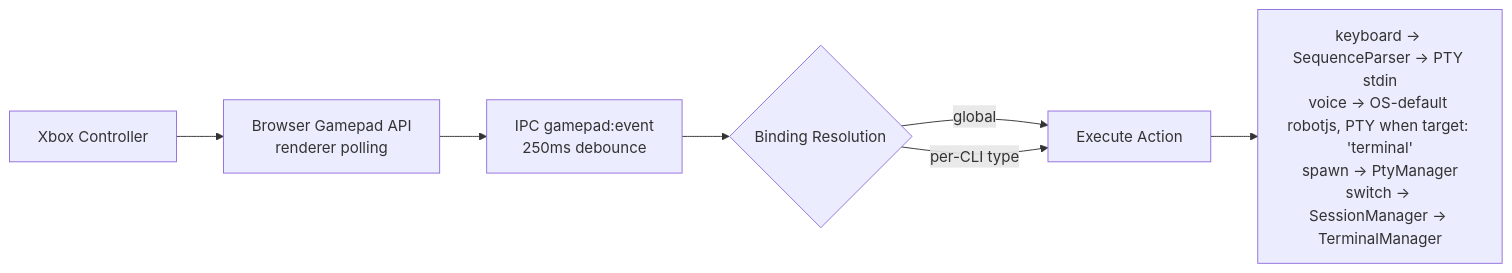
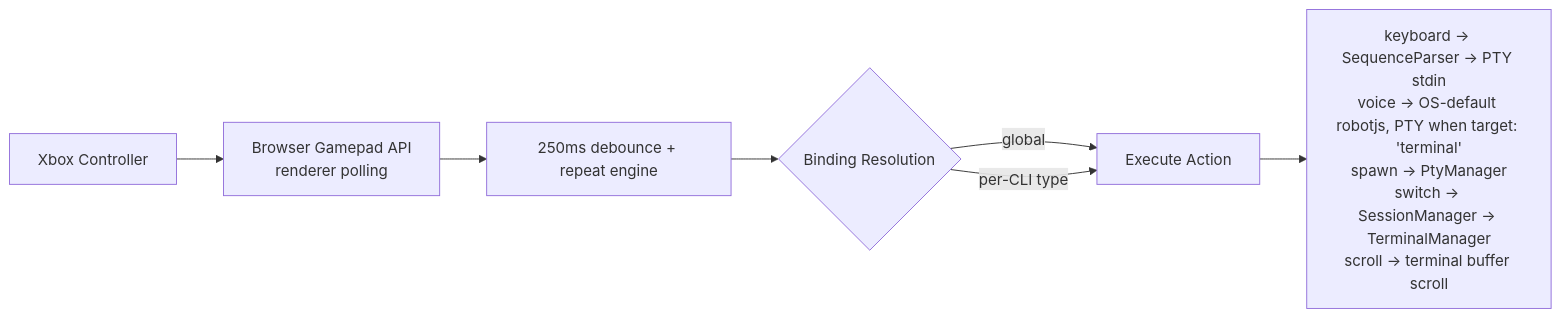
The second of 3 diagrams in .github/copilot-instructions.md (PetePeter/gamepad-cli-hub), drawn with Mermaid before and after one commit. The commit also changed other lines of this file and 16 other files, not shown here.

First line of the commit message:
feat: D-pad/stick key repeat engine + scroll binding + config-driven buttons

````diff
--- a/.github/copilot-instructions.md
+++ b/.github/copilot-instructions.md
@@ -58,9 +58,9 @@
 ```mermaid
 flowchart LR
     A[Xbox Controller] --> B[Browser Gamepad API<br/>renderer polling]
-    B --> C[IPC gamepad:event<br/>250ms debounce]
+    B --> C[250ms debounce + repeat engine]
     C --> D{Binding Resolution}
     D -->|global| E[Execute Action]
     D -->|per-CLI type| E
-    E --> F[keyboard → SequenceParser → PTY stdin<br/>voice → OS-default robotjs, PTY when target: 'terminal'<br/>spawn → PtyManager<br/>switch → SessionManager → TerminalManager]
+    E --> F[keyboard → SequenceParser → PTY stdin<br/>voice → OS-default robotjs, PTY when target: 'terminal'<br/>spawn → PtyManager<br/>switch → SessionManager → TerminalManager<br/>scroll → terminal buffer scroll]
 ```
````
